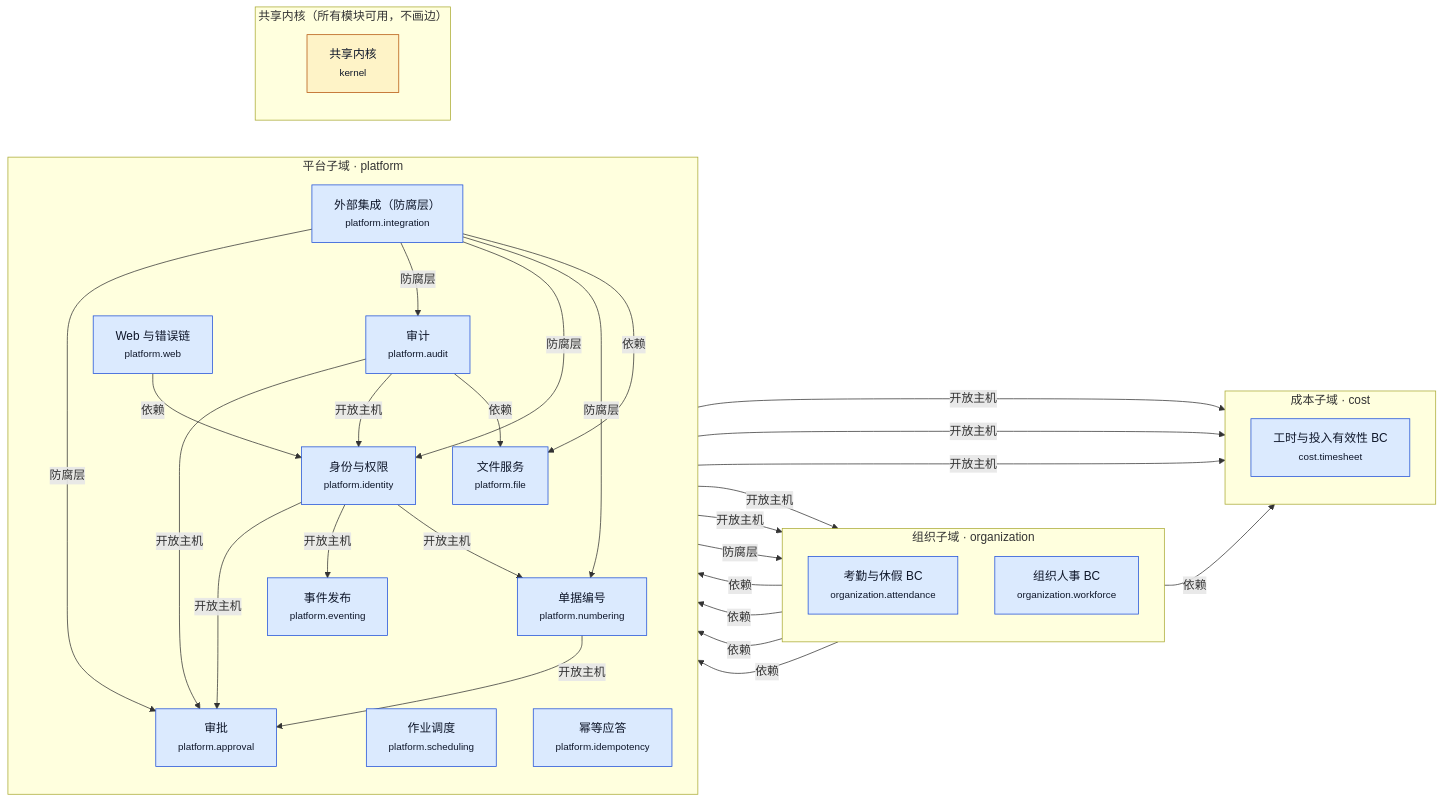
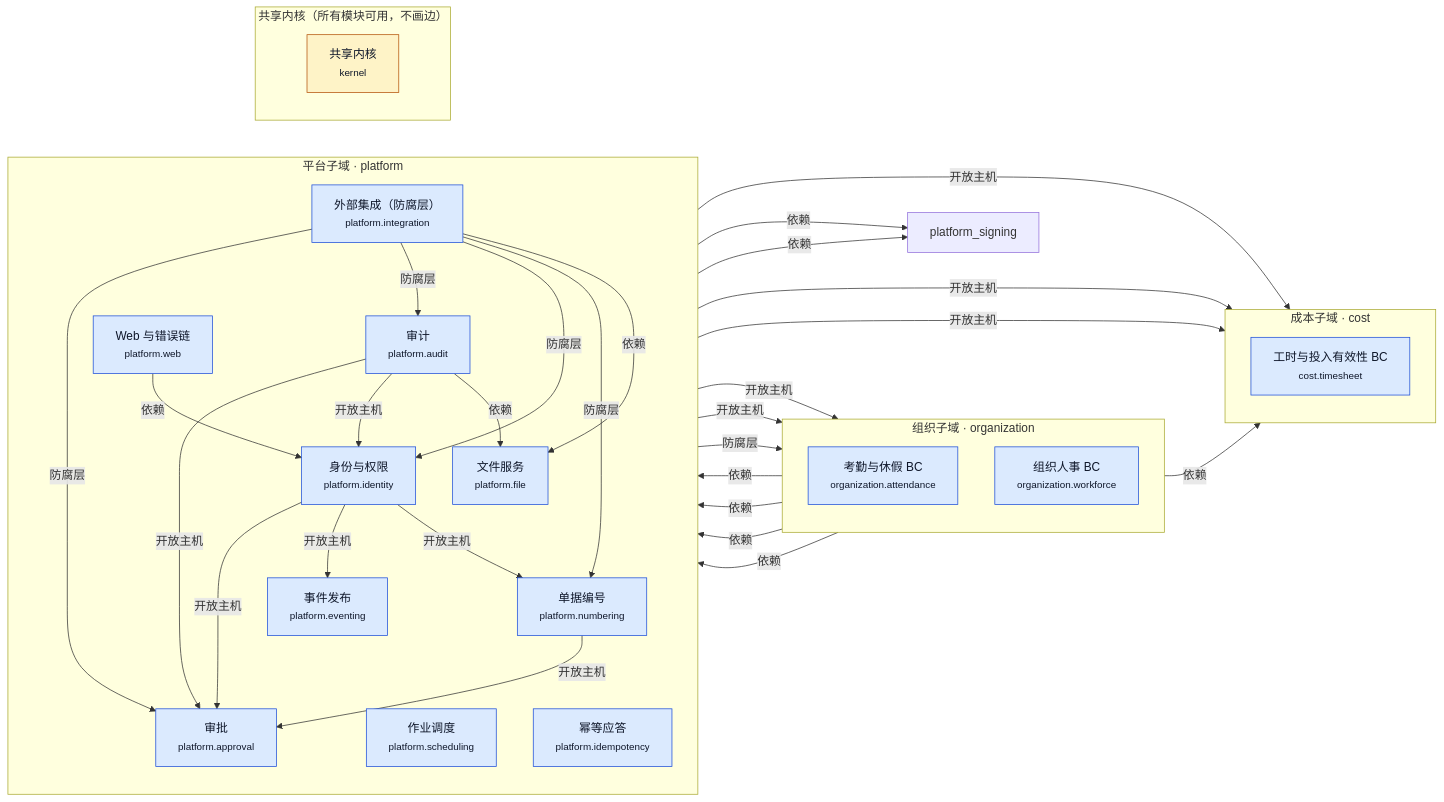
The diagram in docs/modernization/architecture/generated/1b-context-map.mmd (YeliangDu/forcitis-one-psa-codex-lab), drawn with Mermaid before and after one commit. The commit also changed 24 other files, not shown here.

```diff
--- a/docs/modernization/architecture/generated/1b-context-map.mmd
+++ b/docs/modernization/architecture/generated/1b-context-map.mmd
@@ -1,57 +1,59 @@
 %% 生成文件，勿手改：python3 architecture/build_architecture.py（源：ddd/*.yaml）
 flowchart LR
   classDef built fill:#dbeafe,stroke:#1d4ed8,color:#0f172a
   classDef planned fill:#f8fafc,stroke:#94a3b8,stroke-dasharray:4 3,color:#475569
   classDef kernel fill:#fef3c7,stroke:#b45309,color:#0f172a
   subgraph SD_cost["成本子域 · cost"]
     direction TB
     cost_timesheet["工时与投入有效性 BC<br/><small>cost.timesheet</small>"]
   end
   subgraph SD_organization["组织子域 · organization"]
     direction TB
     organization_attendance["考勤与休假 BC<br/><small>organization.attendance</small>"]
     organization_workforce["组织人事 BC<br/><small>organization.workforce</small>"]
   end
   subgraph SD_platform["平台子域 · platform"]
     direction TB
     platform_approval["审批<br/><small>platform.approval</small>"]
     platform_audit["审计<br/><small>platform.audit</small>"]
     platform_identity["身份与权限<br/><small>platform.identity</small>"]
     platform_integration["外部集成（防腐层）<br/><small>platform.integration</small>"]
     platform_numbering["单据编号<br/><small>platform.numbering</small>"]
     platform_scheduling["作业调度<br/><small>platform.scheduling</small>"]
     platform_idempotency["幂等应答<br/><small>platform.idempotency</small>"]
     platform_eventing["事件发布<br/><small>platform.eventing</small>"]
     platform_web["Web 与错误链<br/><small>platform.web</small>"]
     platform_file["文件服务<br/><small>platform.file</small>"]
   end
   subgraph SD_kernel["共享内核（所有模块可用，不画边）"]
     direction TB
     kernel["共享内核<br/><small>kernel</small>"]
   end
   organization_workforce -->|依赖| cost_timesheet
   platform_approval -->|开放主机| cost_timesheet
   platform_identity -->|开放主机| cost_timesheet
   platform_numbering -->|开放主机| cost_timesheet
   platform_numbering -->|开放主机| platform_approval
   platform_audit -->|开放主机| organization_attendance
   platform_audit -->|开放主机| organization_workforce
   platform_integration -->|防腐层| organization_workforce
   platform_identity -->|开放主机| platform_approval
   organization_workforce -->|依赖| platform_approval
   platform_integration -->|防腐层| platform_approval
   platform_audit -->|开放主机| platform_approval
   organization_attendance -->|依赖| platform_approval
   platform_integration -->|防腐层| platform_audit
   platform_identity -->|开放主机| platform_eventing
   organization_workforce -->|依赖| platform_identity
   platform_integration -->|防腐层| platform_identity
   platform_audit -->|开放主机| platform_identity
   platform_identity -->|开放主机| platform_numbering
   organization_workforce -->|依赖| platform_numbering
   platform_integration -->|防腐层| platform_numbering
   platform_web -->|依赖| platform_identity
   platform_integration -->|依赖| platform_file
   platform_audit -->|依赖| platform_file
+  platform_audit -->|依赖| platform_signing
+  platform_identity -->|依赖| platform_signing
   class cost_timesheet,organization_attendance,organization_workforce,platform_approval,platform_audit,platform_identity,platform_integration,platform_numbering,platform_scheduling,platform_idempotency,platform_eventing,platform_web,platform_file built
   class kernel kernel
```
